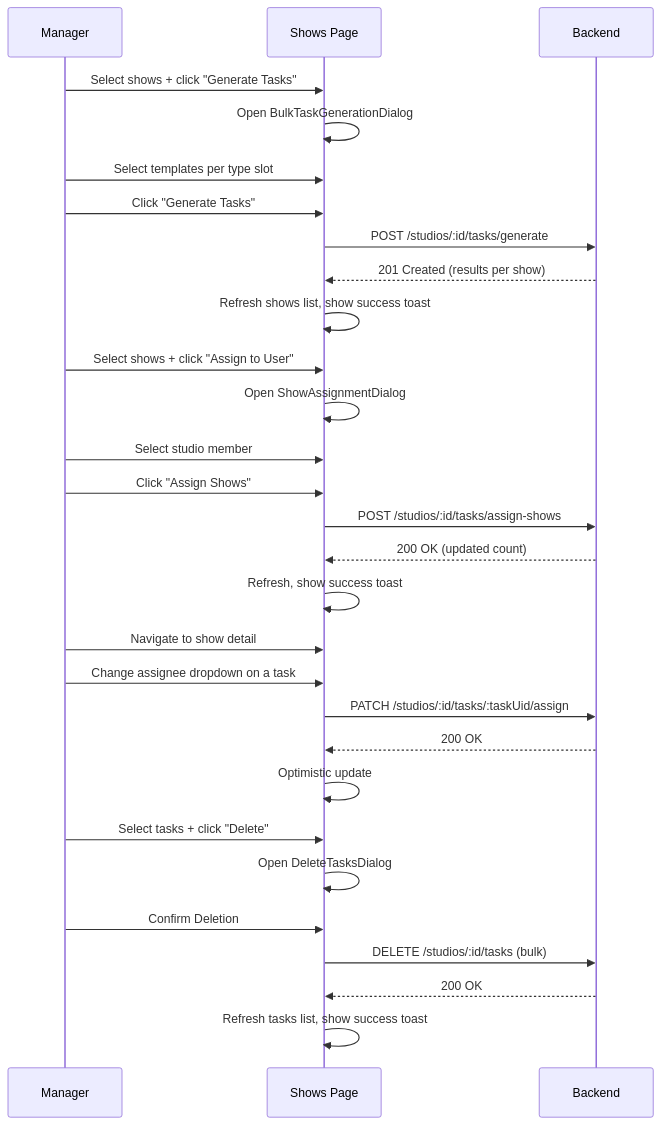
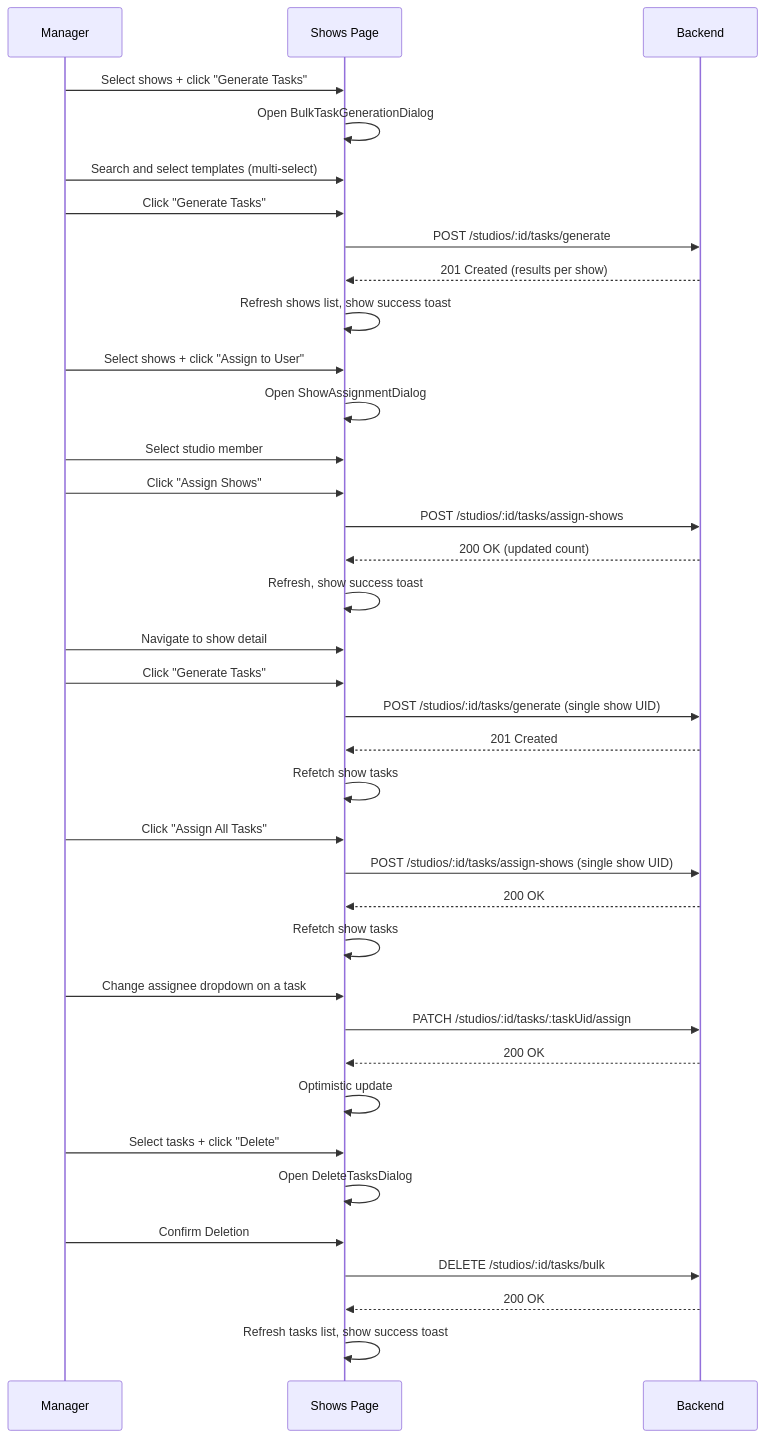
The diagram in apps/erify_studios/docs/TASK_MANAGEMENT_UIUX_DESIGN.md (allenlin90/eridu-services), drawn with Mermaid before and after one commit. The commit also changed other lines of this file and 1 other file, not shown here.

First line of the commit message:
docs(studios): update TODO and UI/UX design doc progress

````diff
--- a/apps/erify_studios/docs/TASK_MANAGEMENT_UIUX_DESIGN.md
+++ b/apps/erify_studios/docs/TASK_MANAGEMENT_UIUX_DESIGN.md
@@ -1513,35 +1512,45 @@
 ```mermaid
 sequenceDiagram
     participant M as Manager
     participant UI as Shows Page
     participant API as Backend
 
     M->>UI: Select shows + click "Generate Tasks"
     UI->>UI: Open BulkTaskGenerationDialog
-    M->>UI: Select templates per type slot
+    M->>UI: Search and select templates (multi-select)
     M->>UI: Click "Generate Tasks"
     UI->>API: POST /studios/:id/tasks/generate
     API-->>UI: 201 Created (results per show)
     UI->>UI: Refresh shows list, show success toast
 
     M->>UI: Select shows + click "Assign to User"
     UI->>UI: Open ShowAssignmentDialog
     M->>UI: Select studio member
     M->>UI: Click "Assign Shows"
     UI->>API: POST /studios/:id/tasks/assign-shows
     API-->>UI: 200 OK (updated count)
     UI->>UI: Refresh, show success toast
 
     M->>UI: Navigate to show detail
+    M->>UI: Click "Generate Tasks"
+    UI->>API: POST /studios/:id/tasks/generate (single show UID)
+    API-->>UI: 201 Created
+    UI->>UI: Refetch show tasks
+
+    M->>UI: Click "Assign All Tasks"
+    UI->>API: POST /studios/:id/tasks/assign-shows (single show UID)
+    API-->>UI: 200 OK
+    UI->>UI: Refetch show tasks
+
     M->>UI: Change assignee dropdown on a task
     UI->>API: PATCH /studios/:id/tasks/:taskUid/assign
     API-->>UI: 200 OK
     UI->>UI: Optimistic update
 
     M->>UI: Select tasks + click "Delete"
     UI->>UI: Open DeleteTasksDialog
     M->>UI: Confirm Deletion
-    UI->>API: DELETE /studios/:id/tasks (bulk)
+    UI->>API: DELETE /studios/:id/tasks/bulk
     API-->>UI: 200 OK
     UI->>UI: Refresh tasks list, show success toast
 ```
````
